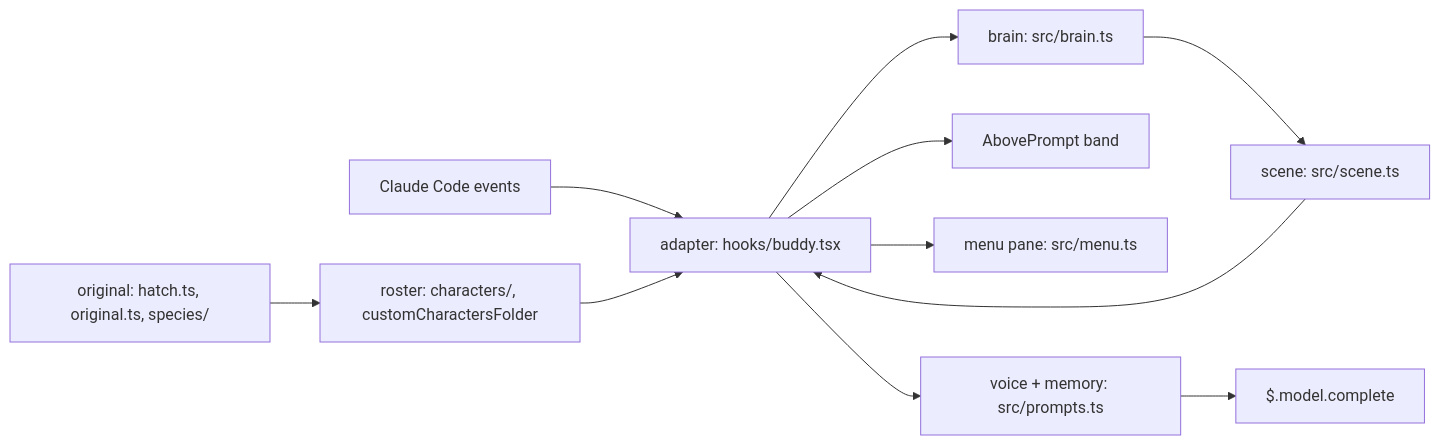
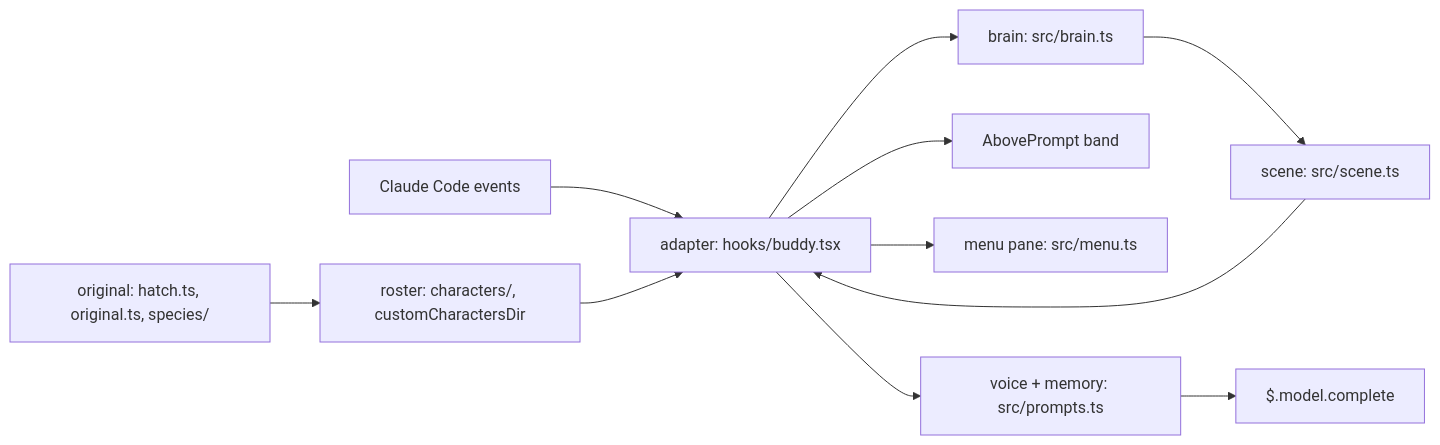
One commit to rezzminator/buddy changed the diagram in docs/design/_index.md. Above: the diagram before and after it, drawn with Mermaid. The commit also changed 26 other files, not shown here.

````diff
--- a/docs/design/_index.md
+++ b/docs/design/_index.md
@@ -25,13 +25,13 @@
 ```mermaid
 flowchart LR
   CC["Claude Code events"] --> A["adapter: hooks/buddy.tsx"]
   A --> B["brain: src/brain.ts"]
   B --> S["scene: src/scene.ts"]
   S --> A
   A --> Band["AbovePrompt band"]
-  R["roster: characters/, customCharactersFolder"] --> A
+  R["roster: characters/, customCharactersDir"] --> A
   O["original: hatch.ts, original.ts, species/"] --> R
   A --> M["menu pane: src/menu.ts"]
   A --> V["voice + memory: src/prompts.ts"]
   V --> Model["$.model.complete"]
 ```
````
